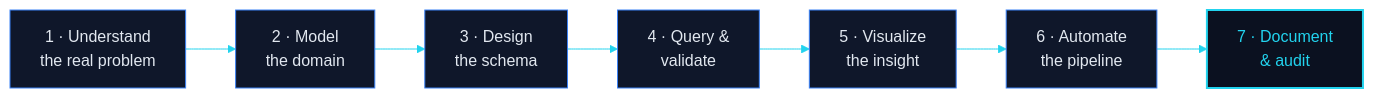
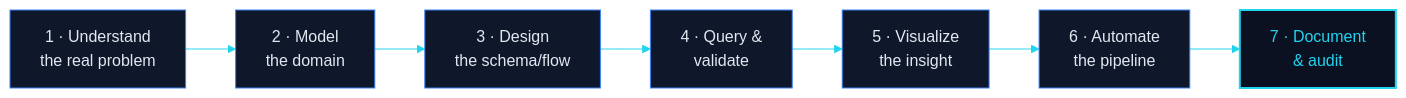
Before and after one commit to abhishek8762a/abhishek8762a: the fourth of 4 diagrams in README.md, drawn with Mermaid. The commit also changed other lines of this file, not shown here.

````diff
--- a/README.md
+++ b/README.md
@@ -1151,12 +906,12 @@
 ```mermaid
 %%{init: {'theme':'base','themeVariables':{'primaryColor':'#0F172A','primaryTextColor':'#E2E8F0','lineColor':'#22D3EE','fontFamily':'Fira Code'}}}%%
 flowchart LR
     A[1 · Understand<br/>the real problem]:::s --> B[2 · Model<br/>the domain]:::s
-    B --> C[3 · Design<br/>the schema]:::s
+    B --> C[3 · Design<br/>the schema/flow]:::s
     C --> D[4 · Query &<br/>validate]:::s
     D --> E[5 · Visualize<br/>the insight]:::s
     E --> F[6 · Automate<br/>the pipeline]:::s
     F --> G[7 · Document<br/>& audit]:::done
     classDef s fill:#0F172A,stroke:#3B82F6,color:#E2E8F0;
     classDef done fill:#0B1120,stroke:#22D3EE,color:#22D3EE,stroke-width:2px;
 ```
````
